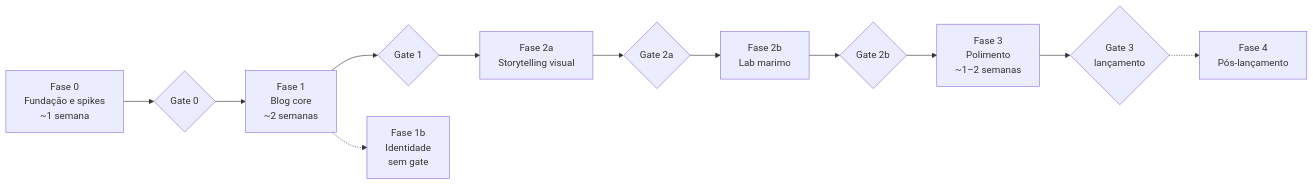
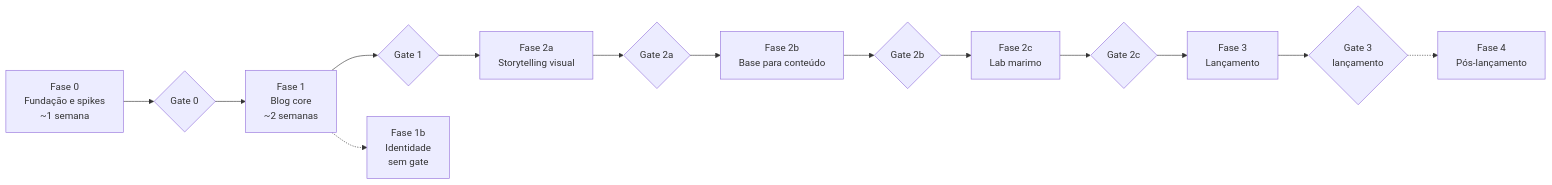
Before and after one commit to Pedroknoll/blog_pedro-knoll: the first of 2 diagrams in specs/ROADMAP.md, drawn with Mermaid. The commit also changed other lines of this file and 4 other files, not shown here.

Commit message:
docs: reestrutura o roadmap para o fluxo de conteúdo [RNF-14, RNF-01, RNF-04, RNF-06, RNF-09, RF-08] (#59)

````diff
--- a/specs/ROADMAP.md
+++ b/specs/ROADMAP.md
@@ -16,11 +18,12 @@
 ```mermaid
 flowchart LR
   F0["Fase 0<br/>Fundação e spikes<br/>~1 semana"] --> G0{"Gate 0"}
   G0 --> F1["Fase 1<br/>Blog core<br/>~2 semanas"] --> G1{"Gate 1"}
   G1 --> F2a["Fase 2a<br/>Storytelling visual"] --> G2a{"Gate 2a"}
-  G2a --> F2b["Fase 2b<br/>Lab marimo"] --> G2b{"Gate 2b"}
-  G2b --> F3["Fase 3<br/>Polimento<br/>~1–2 semanas"] --> G3{"Gate 3<br/>lançamento"}
+  G2a --> F2b["Fase 2b<br/>Base para conteúdo"] --> G2b{"Gate 2b"}
+  G2b --> F2c["Fase 2c<br/>Lab marimo"] --> G2c{"Gate 2c"}
+  G2c --> F3["Fase 3<br/>Lançamento"] --> G3{"Gate 3<br/>lançamento"}
   G3 -.-> F4["Fase 4<br/>Pós-lançamento"]
   F1 -.-> F1b["Fase 1b<br/>Identidade<br/>sem gate"]
 
 ```
````
